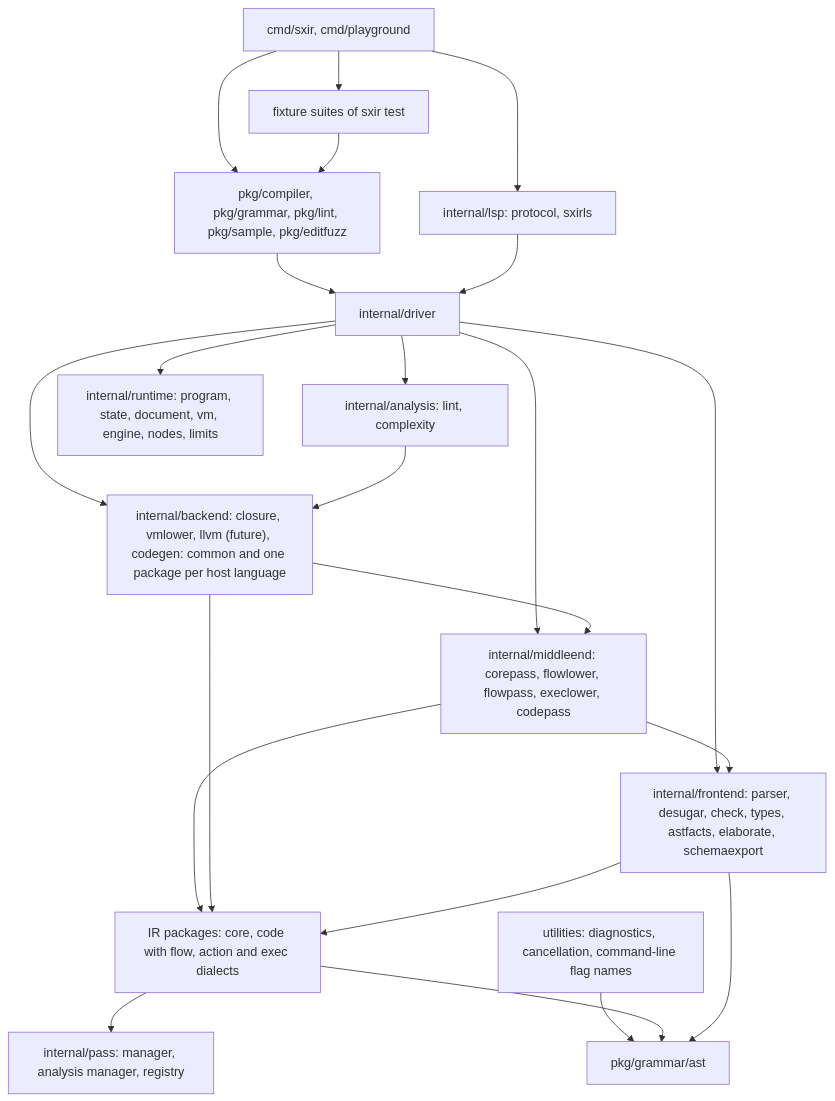
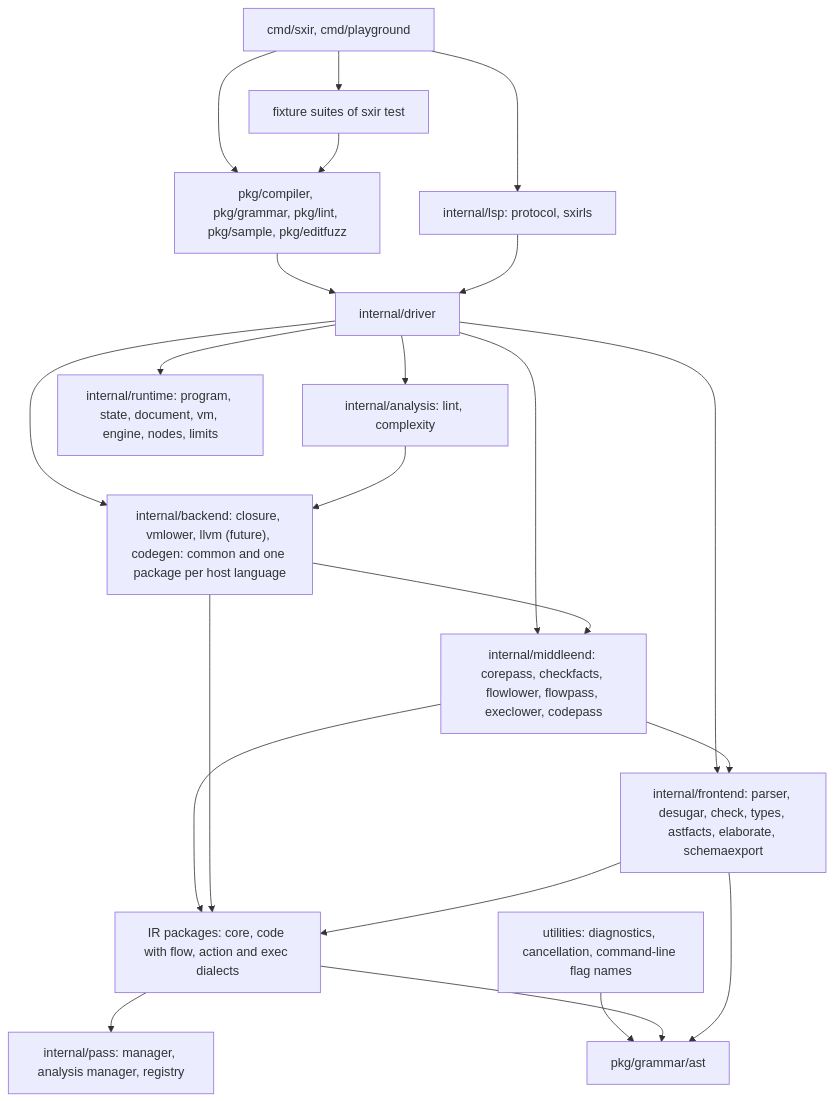
Before and after one commit to syntaxir/syntaxir: the diagram in docs/design/records/072-release-package-layout.md, drawn with Mermaid. The commit also changed 27 other files, not shown here.

````diff
--- a/docs/design/records/072-release-package-layout.md
+++ b/docs/design/records/072-release-package-layout.md
@@ -150,22 +150,22 @@
 ```mermaid
 flowchart TD
   cmd["cmd/sxir, cmd/playground"] --> pub["pkg/compiler, pkg/grammar, pkg/lint, pkg/sample, pkg/editfuzz"]
   pub --> driver["internal/driver"]
   cmd --> fixture["fixture suites of sxir test"] --> pub
   driver --> backend["internal/backend: closure, vmlower, llvm (future), codegen: common and one package per host language"]
-  driver --> middle["internal/middleend: corepass, flowlower, flowpass, execlower, codepass"]
+  driver --> middle["internal/middleend: corepass, checkfacts, flowlower, flowpass, execlower, codepass"]
   driver --> front["internal/frontend: parser, desugar, check, types, astfacts, elaborate, schemaexport"]
   middle --> ir["IR packages: core, code with flow, action and exec dialects"]
   backend --> ir
   front --> ir
   ir --> pass["internal/pass: manager, analysis manager, registry"]
   util["utilities: diagnostics, cancellation, command-line flag names"] --> gram["pkg/grammar/ast"]
   ir --> gram
   cmd --> lsp["internal/lsp: protocol, sxirls"] --> driver
   driver --> analysis["internal/analysis: lint, complexity"]
   analysis --> backend
   backend --> middle
   middle --> front
   front --> gram
   driver --> rt["internal/runtime: program, state, document, vm, engine, nodes, limits"]
 ```
````
